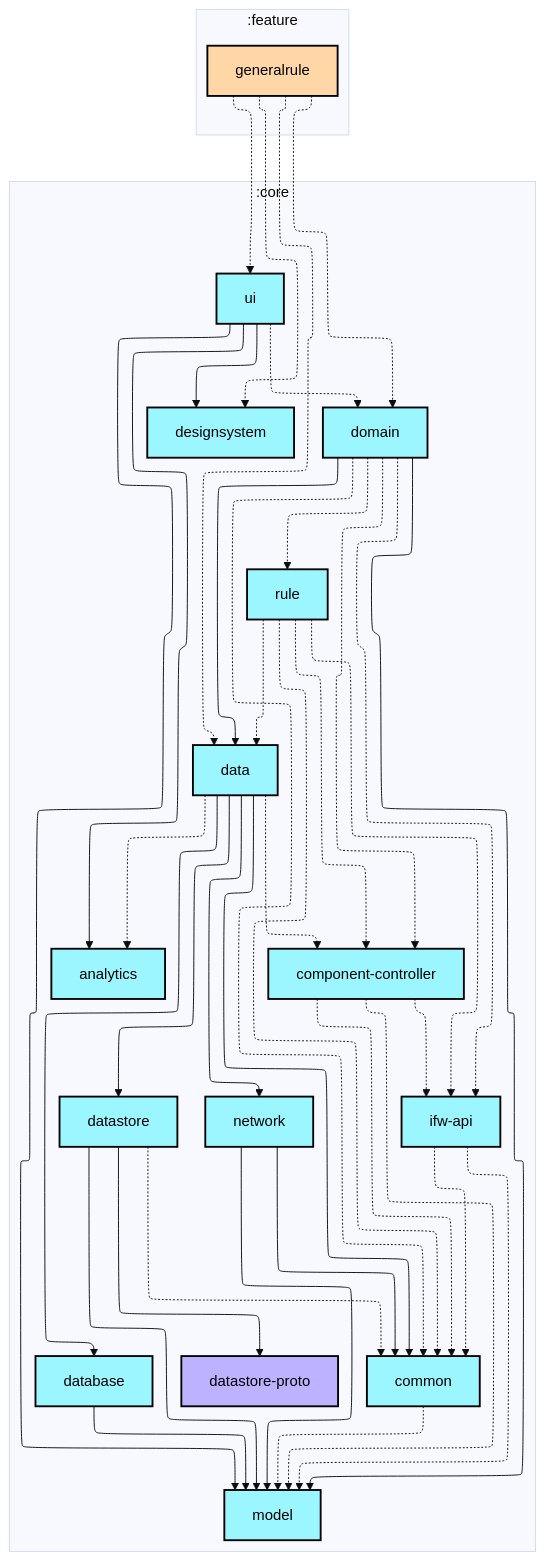
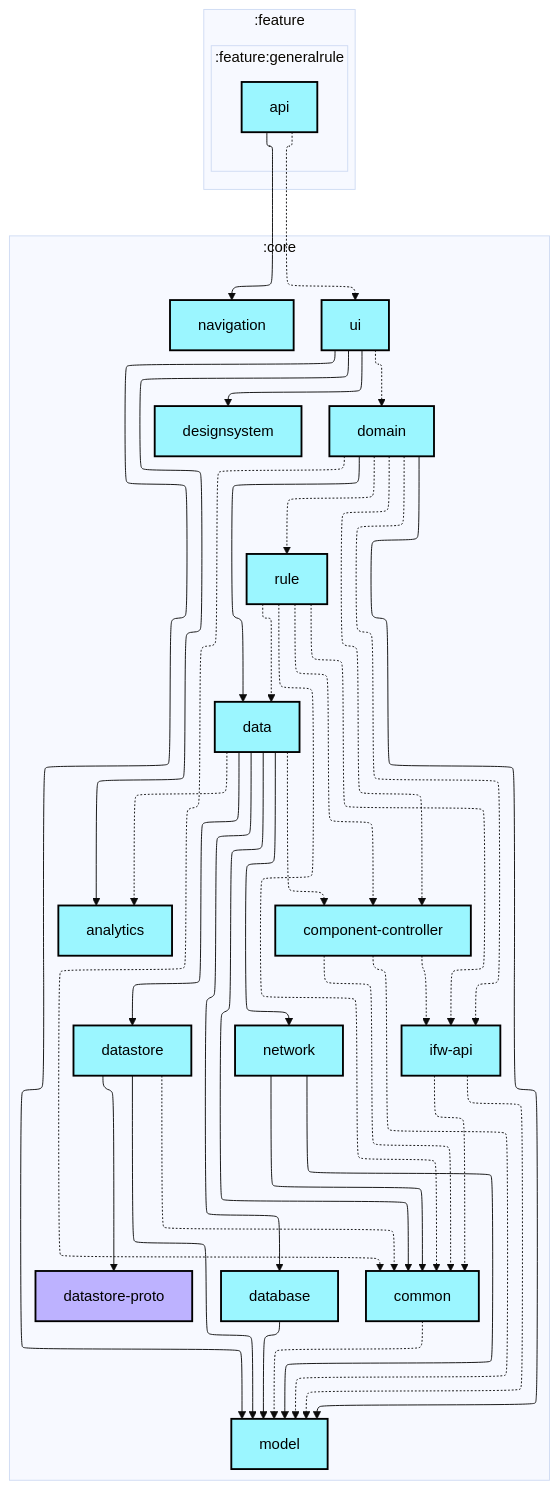
The first of 2 diagrams in feature/generalrule/api/README.md (lihenggui/blocker), drawn with Mermaid (base theme) before and after one commit. The commit also changed 15 other files, not shown here.

Commit message:
🤖 Updates graphs

````diff
--- a/feature/generalrule/api/README.md
+++ b/feature/generalrule/api/README.md
@@ -6,74 +6,76 @@
 ```mermaid
 ---
 config:
   layout: elk
   elk:
     nodePlacementStrategy: SIMPLE
 ---
 graph TB
   subgraph :feature
     direction TB
-    :feature:generalrule[generalrule]:::android-feature
+    subgraph :feature:generalrule
+      direction TB
+      :feature:generalrule:api[api]:::android-library
+    end
   end
   subgraph :core
     direction TB
     :core:analytics[analytics]:::android-library
     :core:common[common]:::android-library
     :core:component-controller[component-controller]:::android-library
     :core:data[data]:::android-library
     :core:database[database]:::android-library
     :core:datastore[datastore]:::android-library
     :core:datastore-proto[datastore-proto]:::jvm-library
     :core:designsystem[designsystem]:::android-library
     :core:domain[domain]:::android-library
     :core:ifw-api[ifw-api]:::android-library
     :core:model[model]:::android-library
+    :core:navigation[navigation]:::android-library
     :core:network[network]:::android-library
     :core:rule[rule]:::android-library
     :core:ui[ui]:::android-library
   end
 
   :core:common -.-> :core:model
   :core:component-controller -.-> :core:common
   :core:component-controller -.-> :core:ifw-api
   :core:component-controller -.-> :core:model
   :core:data -.-> :core:analytics
   :core:data --> :core:common
   :core:data -.-> :core:component-controller
   :core:data --> :core:database
   :core:data --> :core:datastore
   :core:data --> :core:network
   :core:database --> :core:model
   :core:datastore -.-> :core:common
   :core:datastore --> :core:datastore-proto
   :core:datastore --> :core:model
   :core:domain -.-> :core:common
   :core:domain -.-> :core:component-controller
   :core:domain --> :core:data
   :core:domain -.-> :core:ifw-api
   :core:domain --> :core:model
   :core:domain -.-> :core:rule
   :core:ifw-api -.-> :core:common
   :core:ifw-api -.-> :core:model
   :core:network --> :core:common
   :core:network --> :core:model
   :core:rule -.-> :core:common
   :core:rule -.-> :core:component-controller
   :core:rule -.-> :core:data
   :core:rule -.-> :core:ifw-api
   :core:ui --> :core:analytics
   :core:ui --> :core:designsystem
   :core:ui -.-> :core:domain
   :core:ui --> :core:model
-  :feature:generalrule -.-> :core:data
-  :feature:generalrule -.-> :core:designsystem
-  :feature:generalrule -.-> :core:domain
-  :feature:generalrule -.-> :core:ui
+  :feature:generalrule:api --> :core:navigation
+  :feature:generalrule:api -.-> :core:ui
 
 classDef android-application fill:#CAFFBF,stroke:#000,stroke-width:2px,color:#000;
 classDef android-feature fill:#FFD6A5,stroke:#000,stroke-width:2px,color:#000;
 classDef android-library fill:#9BF6FF,stroke:#000,stroke-width:2px,color:#000;
 classDef android-test fill:#A0C4FF,stroke:#000,stroke-width:2px,color:#000;
 classDef jvm-library fill:#BDB2FF,stroke:#000,stroke-width:2px,color:#000;
 classDef unknown fill:#FFADAD,stroke:#000,stroke-width:2px,color:#000;
 ```
````
